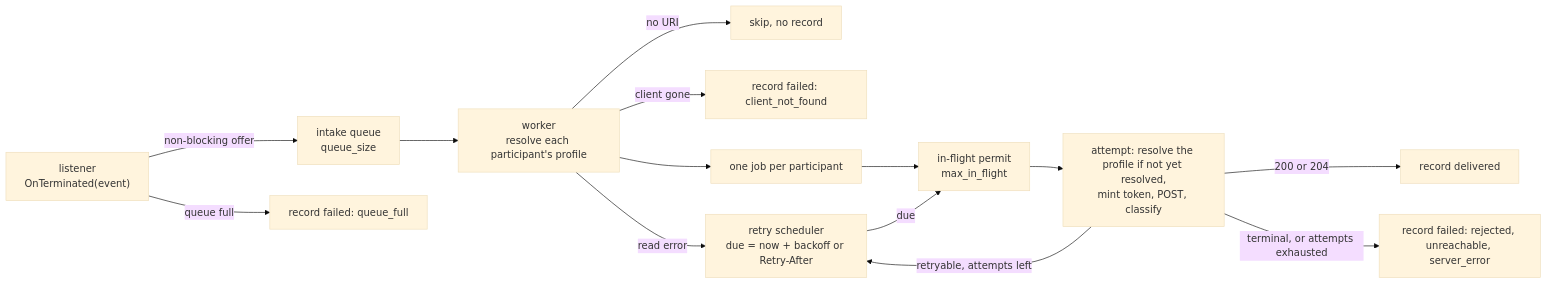
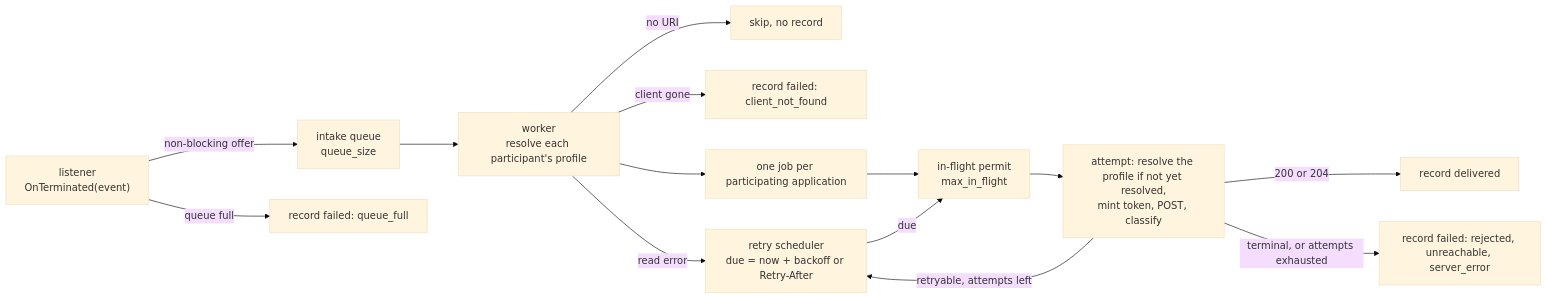
One commit to thunder-id/thunderid changed the second of 2 diagrams in docs-internals/back-channel-logout/spec.md. Above: the diagram before and after it, drawn with Mermaid (base theme). The commit also changed other lines of this file and 172 other files, not shown here.

````diff
--- a/docs-internals/back-channel-logout/spec.md
+++ b/docs-internals/back-channel-logout/spec.md
@@ -156,16 +156,16 @@
 ```mermaid
 flowchart LR
     L["listener<br/>OnTerminated(event)"] -->|"non-blocking offer"| Q["intake queue<br/>queue_size"]
     L -->|"queue full"| DROP["record failed: queue_full"]
     Q --> W["worker<br/>resolve each participant's profile"]
     W -->|"no URI"| SKIP["skip, no record"]
     W -->|"client gone"| CNF["record failed: client_not_found"]
     W -->|"read error"| R
-    W --> J["one job per participant"]
+    W --> J["one job per participating application"]
     J --> S["in-flight permit<br/>max_in_flight"]
     S --> A["attempt: resolve the profile if not yet resolved,<br/>mint token, POST, classify"]
     A -->|"200 or 204"| OK["record delivered"]
     A -->|"retryable, attempts left"| R["retry scheduler<br/>due = now + backoff or Retry-After"]
     R -->|"due"| S
     A -->|"terminal, or attempts exhausted"| F["record failed: rejected, unreachable, server_error"]
 ```
````
